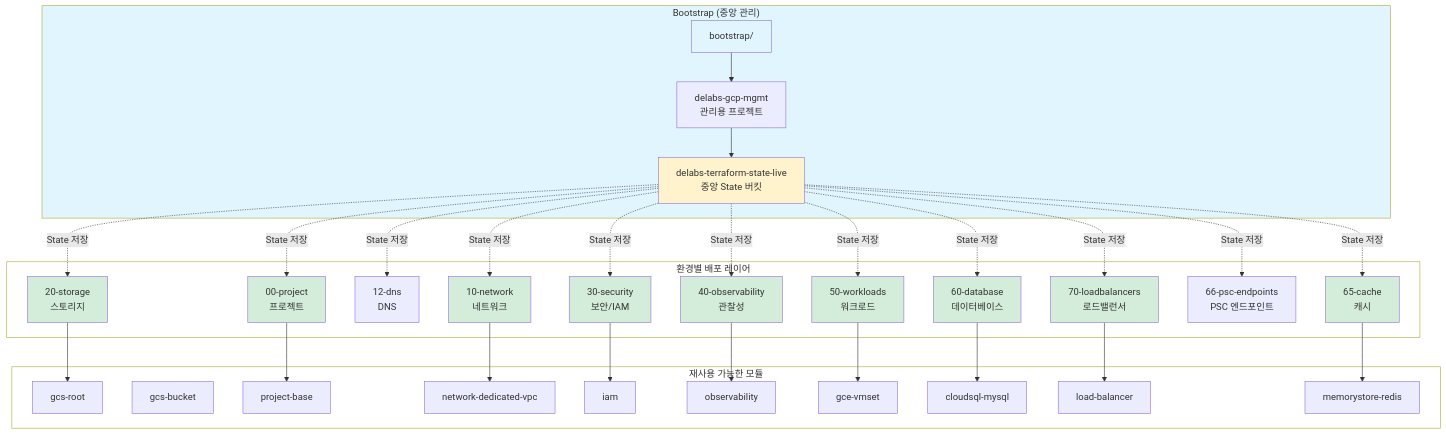
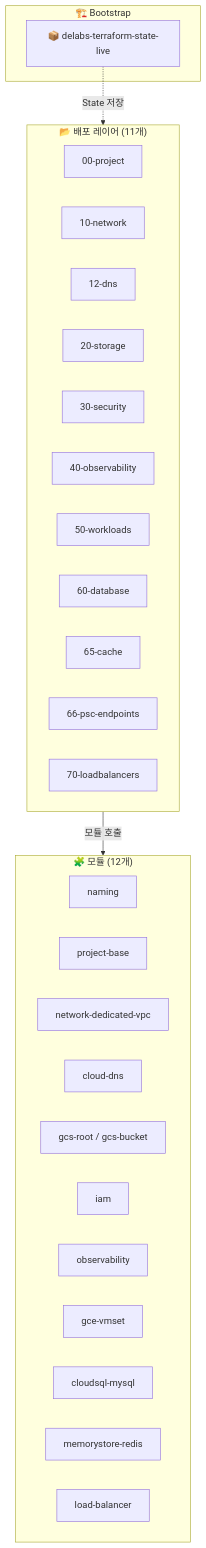
The first of 9 diagrams in terraform_gcp_infra/docs/architecture/diagrams.md (JSJ2337/GCP_terraform_code), drawn with Mermaid before and after one commit. The commit also changed other lines of this file and 2 other files, not shown here.

First line of the commit message:
docs: Mermaid 다이어그램 가독성 개선

````diff
--- a/terraform_gcp_infra/docs/architecture/diagrams.md
+++ b/terraform_gcp_infra/docs/architecture/diagrams.md
@@ -18,75 +18,39 @@
 ```mermaid
-%%{init: {'theme': 'default'}}%%
-graph TB
-    subgraph Bootstrap["Bootstrap (중앙 관리)"]
-        B[bootstrap/]
-        B_PROJ[delabs-gcp-mgmt<br/>관리용 프로젝트]
-        B_BUCKET[delabs-terraform-state-live<br/>중앙 State 버킷]
-        B --> B_PROJ
-        B_PROJ --> B_BUCKET
+flowchart TB
+    subgraph BOOT["🏗️ Bootstrap"]
+        B_BUCKET["📦 delabs-terraform-state-live"]
     end
 
-    subgraph Modules["재사용 가능한 모듈"]
-        M1[gcs-root]
-        M2[gcs-bucket]
-        M3[project-base]
-        M4[network-dedicated-vpc]
-        M5[iam]
-        M6[observability]
-        M7[gce-vmset]
-        M8[cloudsql-mysql]
-        M9[load-balancer]
-        M10[memorystore-redis]
+    subgraph LAYERS["📂 배포 레이어 (11개)"]
+        direction LR
+        L1["00-project"]
+        L2["10-network"]
+        L3["12-dns"]
+        L4["20-storage"]
+        L5["30-security"]
+        L6["40-observability"]
+        L7["50-workloads"]
+        L8["60-database"]
+        L9["65-cache"]
+        L10["66-psc-endpoints"]
+        L11["70-loadbalancers"]
     end
 
-    subgraph Layers["환경별 배포 레이어"]
-        E0[00-project<br/>프로젝트]
-        E1[10-network<br/>네트워크]
-        E1_DNS[12-dns<br/>DNS]
-        E2[20-storage<br/>스토리지]
-        E3[30-security<br/>보안/IAM]
-        E4[40-observability<br/>관찰성]
-        E5[50-workloads<br/>워크로드]
-        E6[60-database<br/>데이터베이스]
-        E7[65-cache<br/>캐시]
-        E7_PSC[66-psc-endpoints<br/>PSC 엔드포인트]
-        E8[70-loadbalancers<br/>로드밸런서]
+    subgraph MODULES["🧩 모듈 (12개)"]
+        direction LR
+        M1["naming"]
+        M2["project-base"]
+        M3["network-dedicated-vpc"]
+        M4["cloud-dns"]
+        M5["gcs-root / gcs-bucket"]
+        M6["iam"]
+        M7["observability"]
+        M8["gce-vmset"]
+        M9["cloudsql-mysql"]
+        M10["memorystore-redis"]
+        M11["load-balancer"]
     end
 
-    B_BUCKET -.State 저장.-> E0
-    B_BUCKET -.State 저장.-> E1
-    B_BUCKET -.State 저장.-> E1_DNS
-    B_BUCKET -.State 저장.-> E2
-    B_BUCKET -.State 저장.-> E3
-    B_BUCKET -.State 저장.-> E4
-    B_BUCKET -.State 저장.-> E5
-    B_BUCKET -.State 저장.-> E6
-    B_BUCKET -.State 저장.-> E7
-    B_BUCKET -.State 저장.-> E7_PSC
-    B_BUCKET -.State 저장.-> E8
-
-    E0 --> M3
-    E1 --> M4
-    E2 --> M1
-    E3 --> M5
-    E4 --> M6
-    E5 --> M7
-    E6 --> M8
-    E7 --> M10
-    E8 --> M9
-
-    style Bootstrap fill:#e1f5ff
-    style Modules fill:#ffffff
-    style Layers fill:#ffffff
-    style B fill:#e1f5ff
-    style B_BUCKET fill:#fff3cd
-    style E0 fill:#d4edda
-    style E1 fill:#d4edda
-    style E2 fill:#d4edda
-    style E3 fill:#d4edda
-    style E4 fill:#d4edda
-    style E5 fill:#d4edda
-    style E6 fill:#d4edda
-    style E7 fill:#d4edda
-    style E8 fill:#d4edda
+    B_BUCKET -.->|State 저장| LAYERS
+    LAYERS -->|모듈 호출| MODULES
 ```
````
